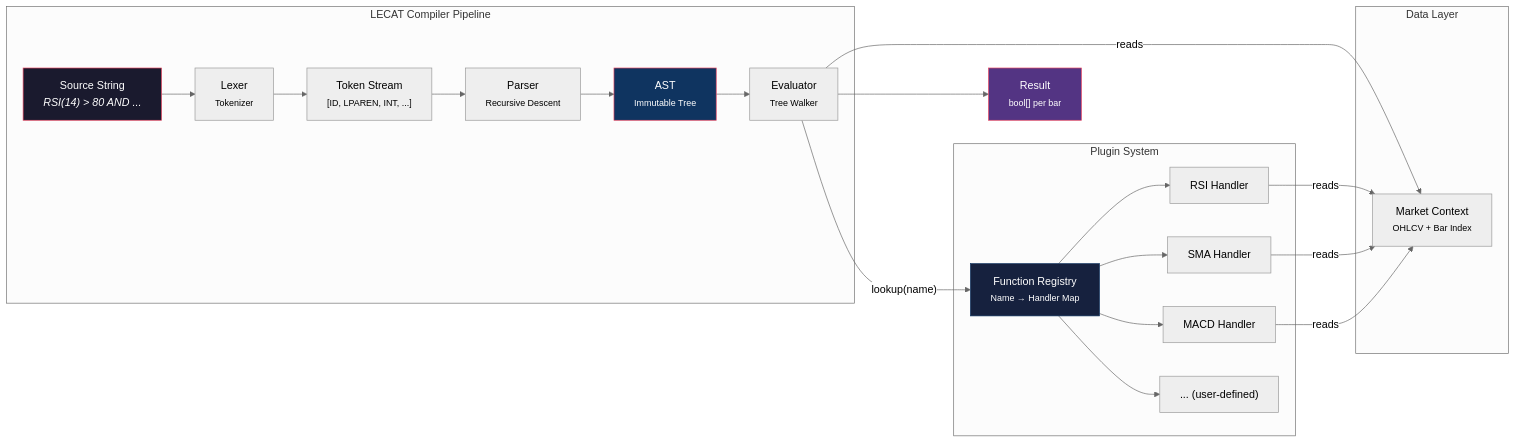
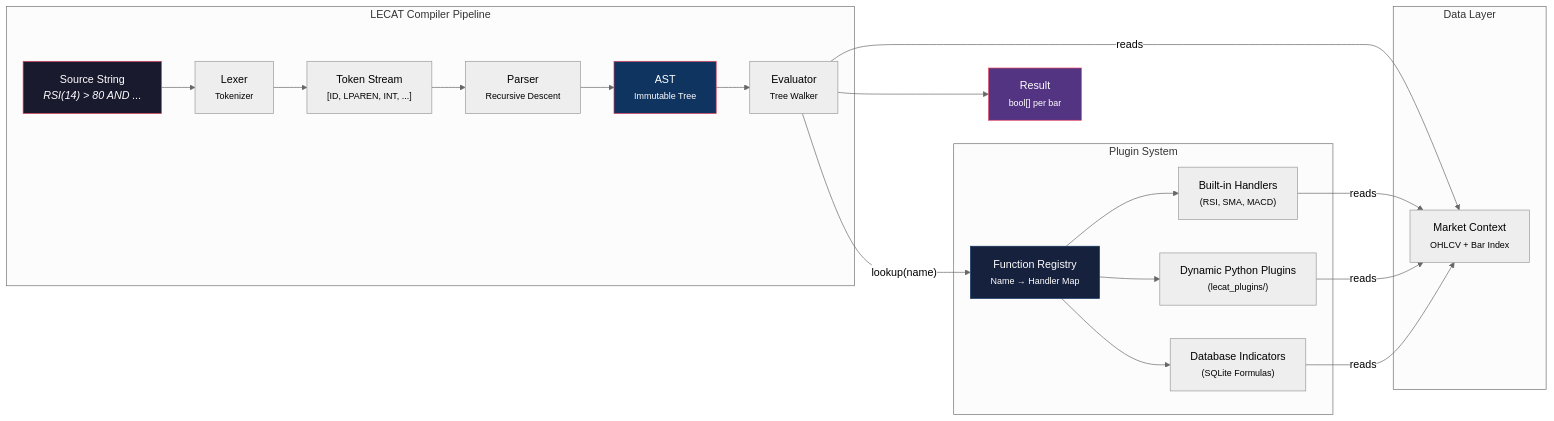
One commit to racoya/stockstats-lecat changed the first of 3 diagrams in docs/02_System_Architecture.md. Above: the diagram before and after it, drawn with Mermaid (neutral theme). The commit also changed 5 other files, not shown here.

First line of the commit message:
feat: Add dynamic Python plugin system for complex math indicators

````diff
--- a/docs/02_System_Architecture.md
+++ b/docs/02_System_Architecture.md
@@ -29,39 +29,37 @@
 ```mermaid
 graph LR
     subgraph "LECAT Compiler Pipeline"
         A["Source String<br/><i>RSI(14) > 80 AND ...</i>"] --> B["Lexer<br/><small>Tokenizer</small>"]
         B --> C["Token Stream<br/><small>[ID, LPAREN, INT, ...]</small>"]
         C --> D["Parser<br/><small>Recursive Descent</small>"]
         D --> E["AST<br/><small>Immutable Tree</small>"]
         E --> F["Evaluator<br/><small>Tree Walker</small>"]
     end
 
     subgraph "Plugin System"
         G["Function Registry<br/><small>Name → Handler Map</small>"]
-        H["RSI Handler"]
-        I["SMA Handler"]
-        J["MACD Handler"]
-        K["... (user-defined)"]
+        H["Built-in Handlers<br/><small>(RSI, SMA, MACD)</small>"]
+        I["Dynamic Python Plugins<br/><small>(lecat_plugins/)</small>"]
+        J["Database Indicators<br/><small>(SQLite Formulas)</small>"]
     end
 
     subgraph "Data Layer"
         L["Market Context<br/><small>OHLCV + Bar Index</small>"]
     end
 
     F -->|"lookup(name)"| G
     G --> H
     G --> I
     G --> J
-    G --> K
     F -->|"reads"| L
     H -->|"reads"| L
     I -->|"reads"| L
     J -->|"reads"| L
 
     F --> M["Result<br/><small>bool[] per bar</small>"]
 
     style A fill:#1a1a2e,stroke:#e94560,color:#fff
     style E fill:#0f3460,stroke:#e94560,color:#fff
     style G fill:#16213e,stroke:#0f3460,color:#fff
     style M fill:#533483,stroke:#e94560,color:#fff
 ```
````
